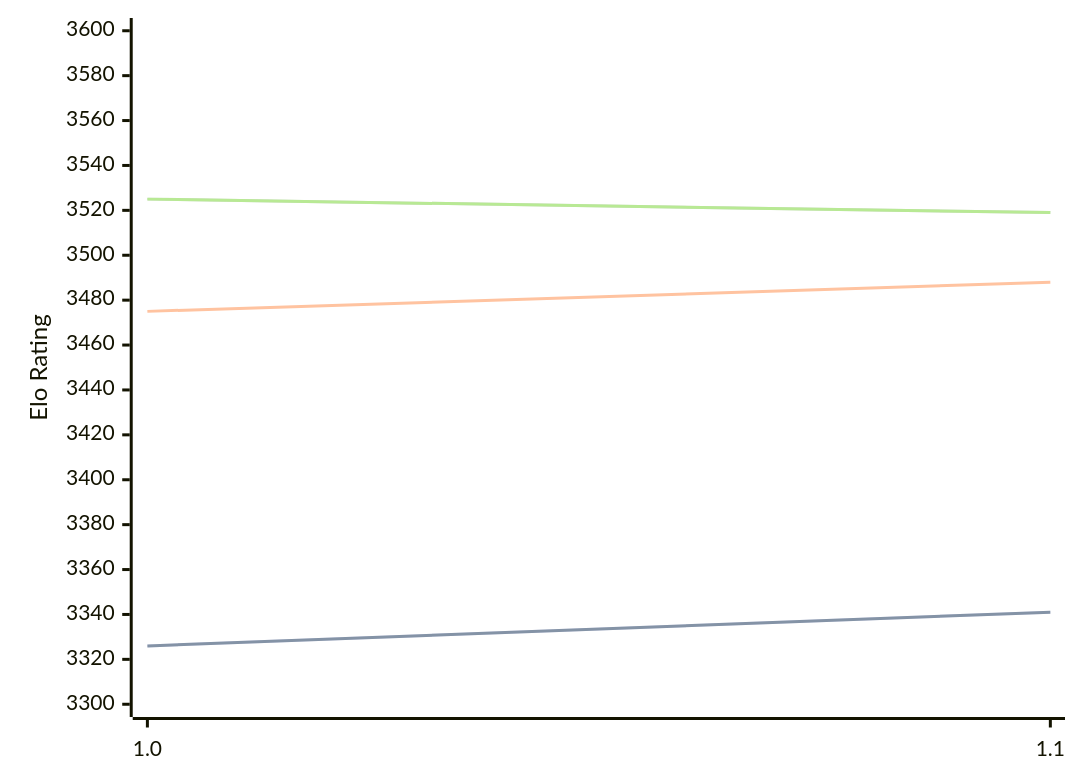
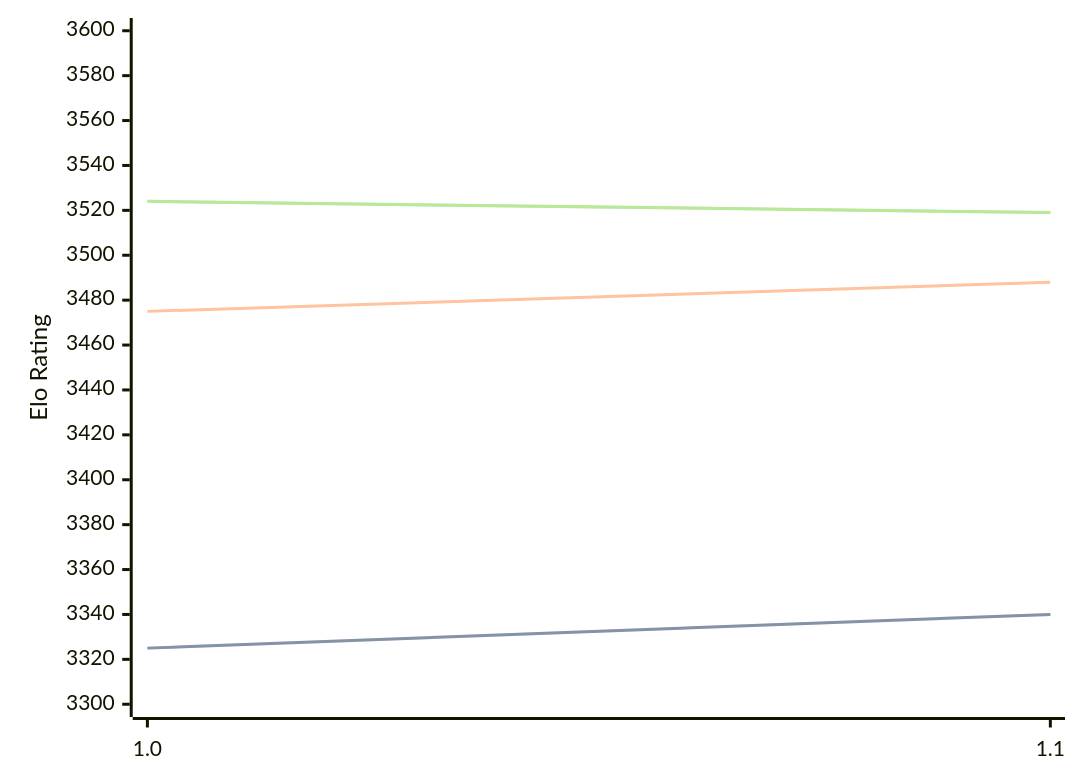
Before and after one commit to computer-chess-index/cci: the diagram in engines/Horsie.md, drawn with Mermaid. The commit also changed other lines of this file, not shown here.

Commit message:
Update CCI Ratings (ELO VLTC) - 2026-08-03

````diff
--- a/engines/Horsie.md
+++ b/engines/Horsie.md
@@ -32,11 +32,11 @@
 ```mermaid
 %%{init: {"theme":"base","themeVariables":{"seriesColors:['#a3a3a3','#222221','#faa371']}}}%%
 xychart-beta
   x-axis ["1.0", "1.1"]
   y-axis "Elo Rating" 3300 --> 3600
-  line "STC (8.0+0.08s)" [3326, 3341]
-  line "STC (8.0+0.08s)" [3326, 3341]
+  line "STC (8.0+0.08s)" [3325, 3340]
+  line "STC (8.0+0.08s)" [3325, 3340]
   line "LTC (60.0+0.60s)" [3475, 3488]
-  line "VLTC (2m24s+1.12s)" [3525, 3519]
-  line "VLTC (2m24s+1.12s)" [3525, 3519]
+  line "VLTC (2m24s+1.12s)" [3524, 3519]
+  line "VLTC (2m24s+1.12s)" [3524, 3519]
 ```
````
